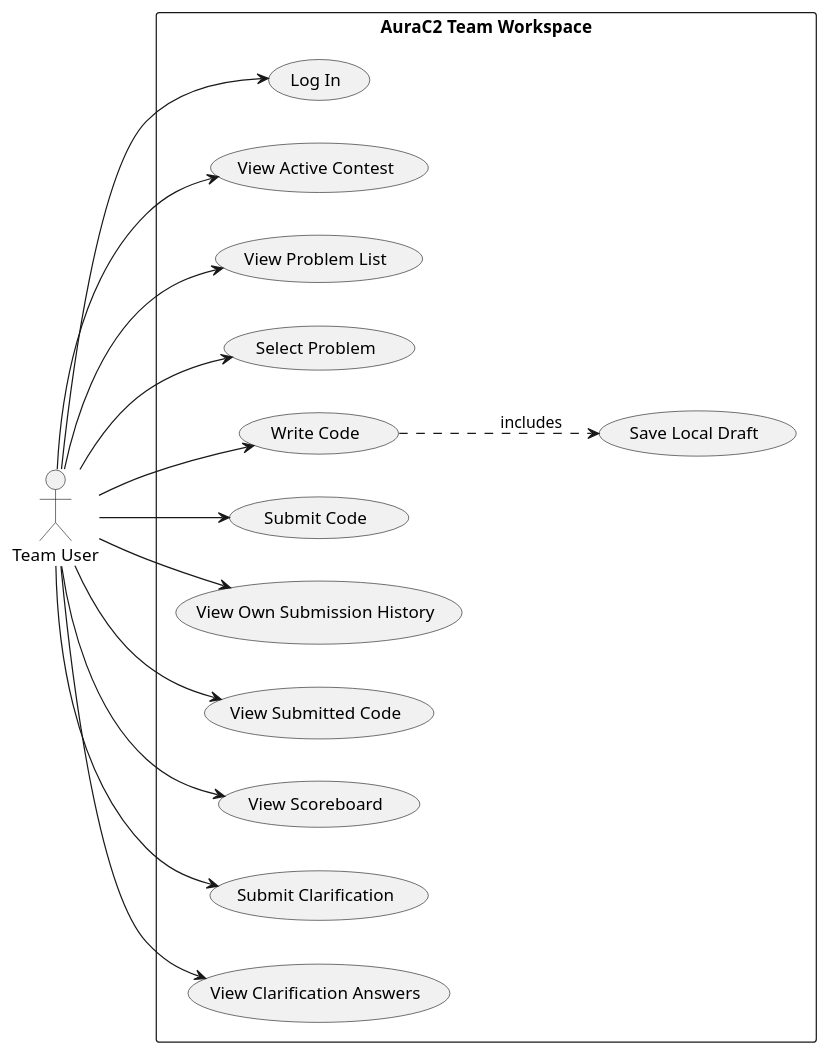
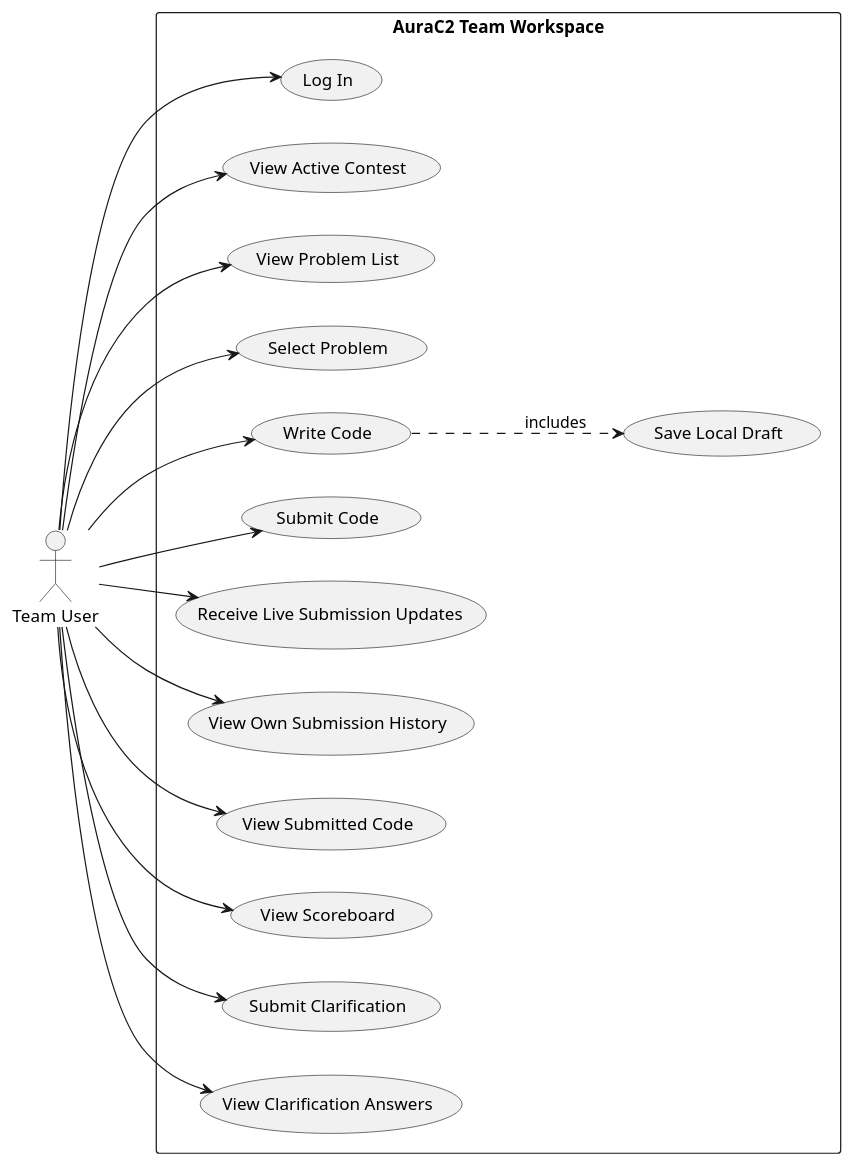
The fifth of 18 diagrams in docs/report-rebuild/diagram-prompts.md (AuraC-graduate-project/AuraC2), drawn with PlantUML before and after one commit. The commit also changed other lines of this file and 36 other files, not shown here.

````diff
--- a/docs/report-rebuild/diagram-prompts.md
+++ b/docs/report-rebuild/diagram-prompts.md
@@ -180,32 +195,34 @@
 ```plantuml
 @startuml
 left to right direction
 actor "Team User" as Team
 rectangle "AuraC2 Team Workspace" {
   usecase "Log In" as T1
   usecase "View Active Contest" as T2
   usecase "View Problem List" as T3
   usecase "Select Problem" as T4
   usecase "Write Code" as T5
   usecase "Save Local Draft" as T6
   usecase "Submit Code" as T7
-  usecase "View Own Submission History" as T8
-  usecase "View Submitted Code" as T9
-  usecase "View Scoreboard" as T10
-  usecase "Submit Clarification" as T11
-  usecase "View Clarification Answers" as T12
+  usecase "Receive Live Submission Updates" as T8
+  usecase "View Own Submission History" as T9
+  usecase "View Submitted Code" as T10
+  usecase "View Scoreboard" as T11
+  usecase "Submit Clarification" as T12
+  usecase "View Clarification Answers" as T13
 }
 Team --> T1
 Team --> T2
 Team --> T3
 Team --> T4
 Team --> T5
 T5 ..> T6 : includes
 Team --> T7
 Team --> T8
 Team --> T9
 Team --> T10
 Team --> T11
 Team --> T12
+Team --> T13
 @enduml
 ```
````
